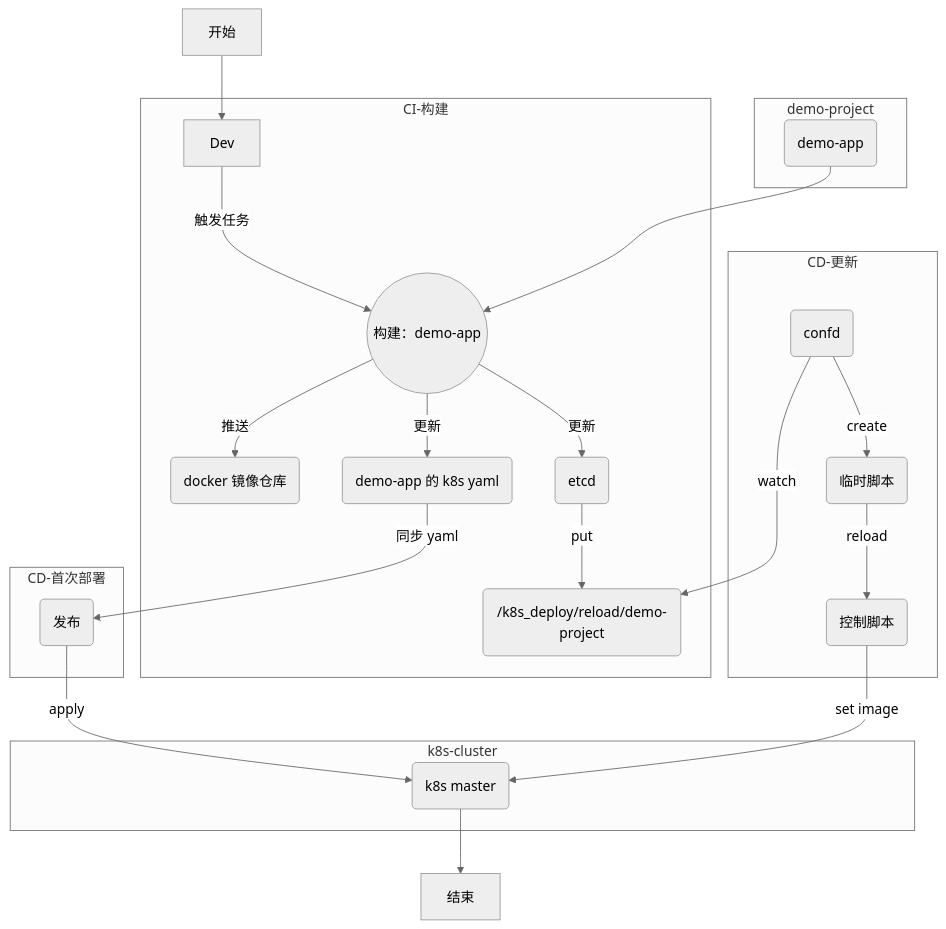
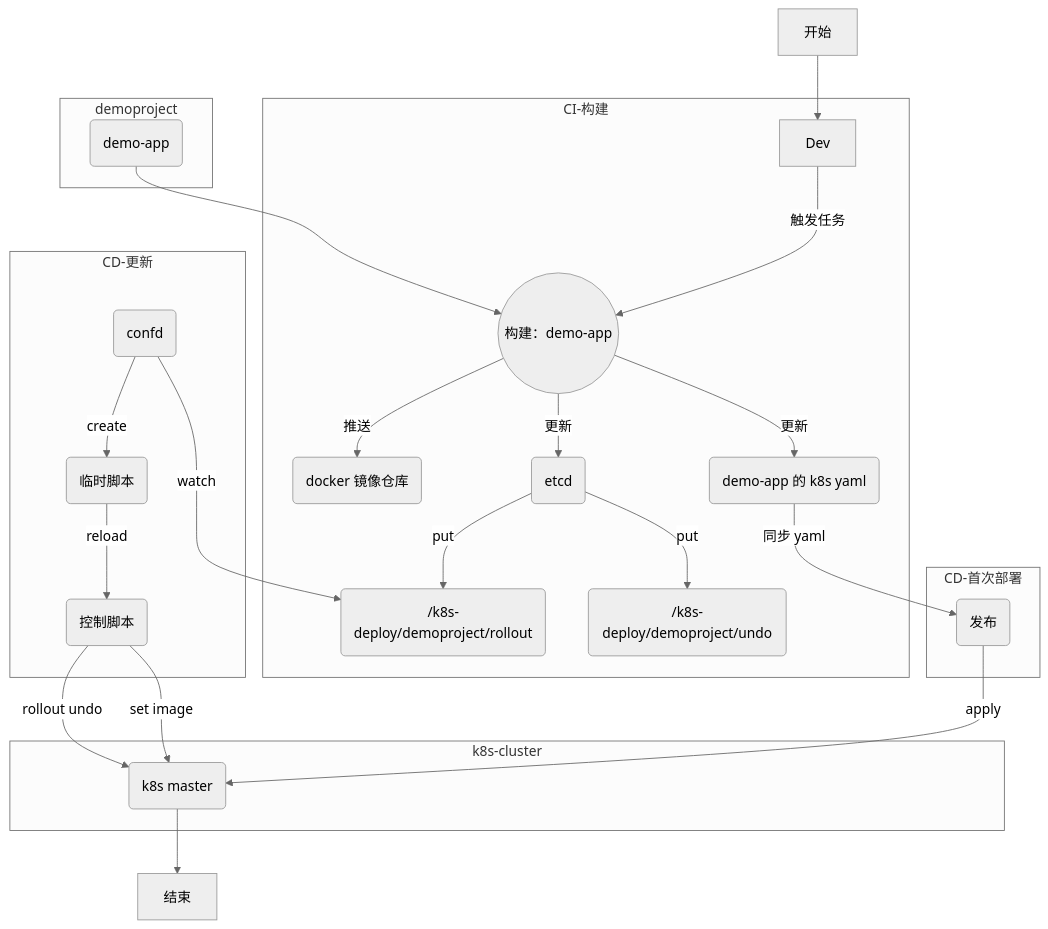
Before and after one commit to opera443399/ops: the diagram in doc/CLOUD/k8s/k8s集群部署手册/CICD-如何部署到k8s集群中.md, drawn with Mermaid (neutral theme). The commit also changed other lines of this file and 3 other files, not shown here.

````diff
--- a/doc/CLOUD/k8s/k8s集群部署手册/CICD-如何部署到k8s集群中.md
+++ b/doc/CLOUD/k8s/k8s集群部署手册/CICD-如何部署到k8s集群中.md
@@ -20,35 +23,37 @@
 ```mermaid
 graph TB;
   开始-->Dev;
 
   subgraph CI-构建
     Dev -- 触发任务 --> CI操作(("构建：demo-app"))
 
     CI操作 -- 推送 --> E02("docker 镜像仓库")
     CI操作 -- 更新 --> E03("demo-app 的 k8s yaml")
     CI操作 -- 更新 --> E04("etcd")
-    E04 -- put --> E05("/k8s_deploy/reload/demo-project")
+    E04 -- put --> E05("/k8s-deploy/demoproject/rollout")
+    E04 -- put --> E06("/k8s-deploy/demoproject/undo")
   end
 
-  subgraph demo-project
+  subgraph demoproject
     E11("demo-app") --> CI操作
   end
 
   subgraph k8s-cluster
     E21("k8s master")
   end
 
   subgraph CD-首次部署
     E03 -- 同步 yaml --> E31("发布")
     E31("发布") -- apply --> E21
   end
 
   subgraph CD-更新
     E41("confd") -- watch --> E05
     E41 -- create --> E42("临时脚本")
     E42 -- reload --> E43("控制脚本")
     E43 -- set image --> E21
+    E43 -- rollout undo --> E21
   end
 
   E21 --> 结束
 ```
````
